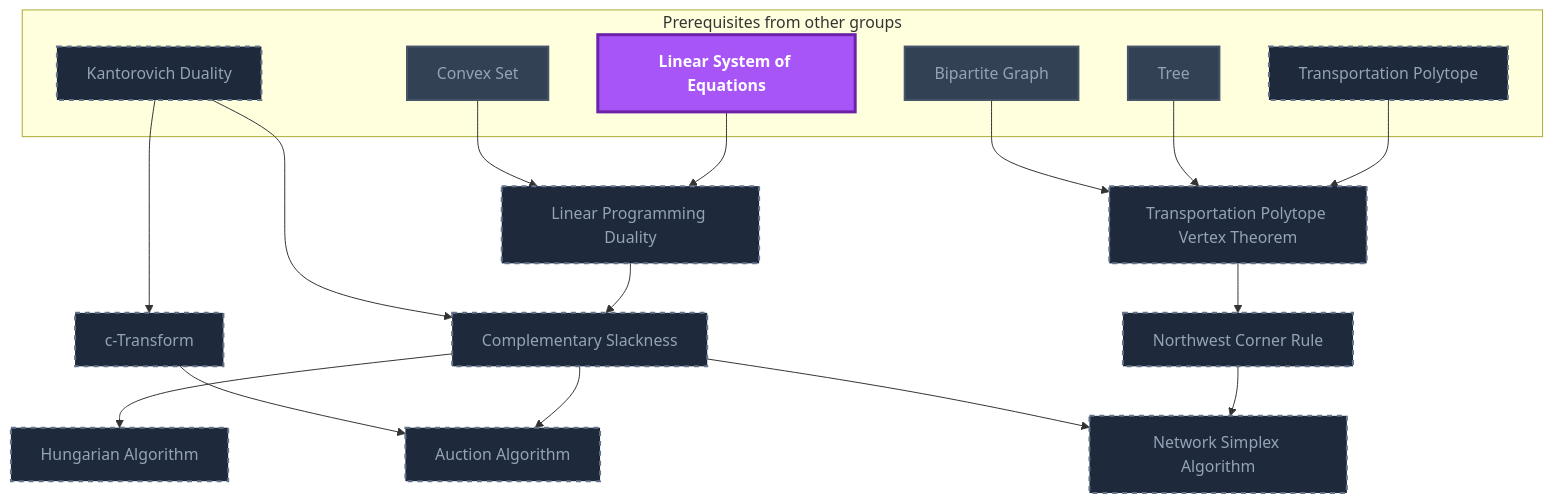
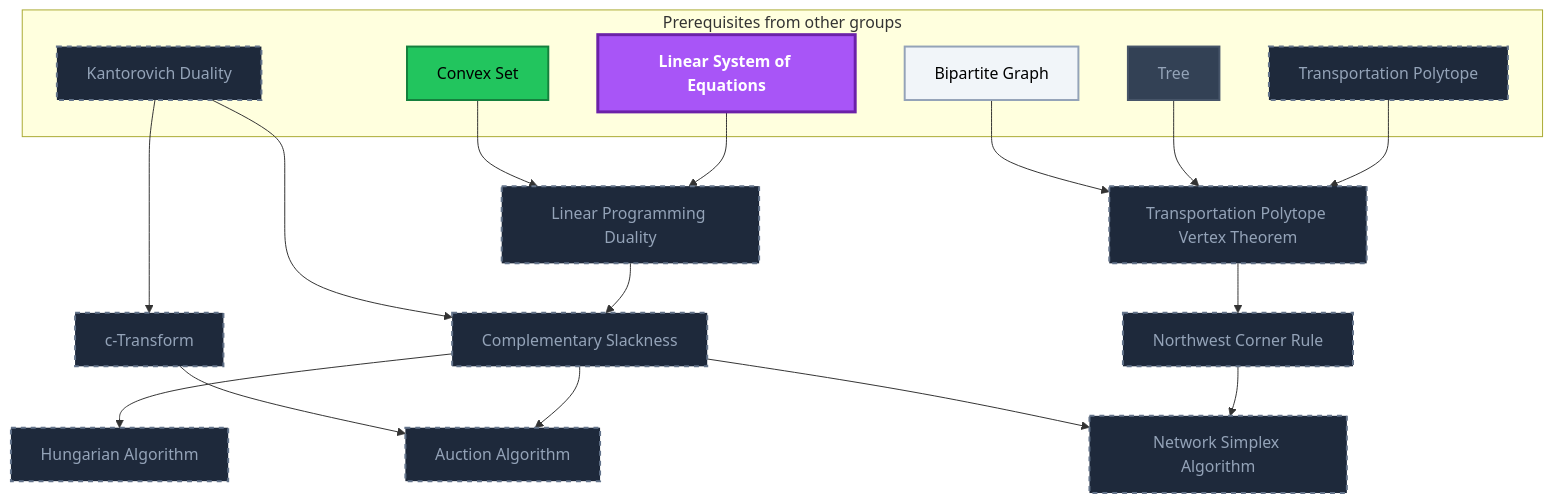
One commit to MRauf1/My-Notes changed the second of 9 diagrams in Gamification/Skill Trees/Optimal Transport.md. Above: the diagram before and after it, drawn with Mermaid. The commit also changed other lines of this file and 145 other files, not shown here.

````diff
--- a/Gamification/Skill Trees/Optimal Transport.md
+++ b/Gamification/Skill Trees/Optimal Transport.md
@@ -102,46 +105,48 @@
 ```mermaid
 flowchart TD
     classDef planned fill:#1E293B,stroke:#64748B,stroke-width:2px,stroke-dasharray:5 5,color:#94A3B8;
     classDef locked fill:#334155,stroke:#475569,stroke-width:2px,color:#94A3B8;
     classDef L0 fill:#F1F5F9,stroke:#94A3B8,stroke-width:2px,color:#000000;
     classDef L1 fill:#22C55E,stroke:#15803D,stroke-width:2px,color:#000000;
     classDef L2 fill:#3B82F6,stroke:#1D4ED8,stroke-width:3px,color:#FFFFFF;
     classDef L3 fill:#A855F7,stroke:#6B21A8,stroke-width:3px,color:#FFFFFF,font-weight:bold;
     classDef L4 fill:#F97316,stroke:#C2410C,stroke-width:4px,color:#000000,font-weight:bold;
     classDef L5 fill:#FFD700,stroke:#FF8C00,stroke-width:5px,color:#000000,font-weight:bold;
     classDef rusty stroke:#8B4513,stroke-width:4px,stroke-dasharray:3 3;
     subgraph sg_prereqs["Prerequisites from other groups"]
         n_convex_set["Convex Set"]
         n_linear_system_of_equations["Linear System of Equations"]
         n_kantorovich_duality["Kantorovich Duality"]
         n_bipartite_graph["Bipartite Graph"]
         n_tree["Tree"]
         n_transportation_polytope["Transportation Polytope"]
     end
     n_linear_programming_duality["Linear Programming Duality"]
     n_c_transform["c-Transform"]
     n_complementary_slackness["Complementary Slackness"]
     n_transportation_polytope_vertex_theorem["Transportation Polytope Vertex Theorem"]
     n_northwest_corner_rule["Northwest Corner Rule"]
     n_network_simplex_algorithm["Network Simplex Algorithm"]
     n_hungarian_algorithm["Hungarian Algorithm"]
     n_auction_algorithm["Auction Algorithm"]
     n_convex_set --> n_linear_programming_duality
     n_linear_system_of_equations --> n_linear_programming_duality
     n_kantorovich_duality --> n_c_transform
     n_kantorovich_duality --> n_complementary_slackness
     n_linear_programming_duality --> n_complementary_slackness
     n_bipartite_graph --> n_transportation_polytope_vertex_theorem
     n_tree --> n_transportation_polytope_vertex_theorem
     n_transportation_polytope --> n_transportation_polytope_vertex_theorem
     n_transportation_polytope_vertex_theorem --> n_northwest_corner_rule
     n_complementary_slackness --> n_network_simplex_algorithm
     n_northwest_corner_rule --> n_network_simplex_algorithm
     n_complementary_slackness --> n_hungarian_algorithm
     n_c_transform --> n_auction_algorithm
     n_complementary_slackness --> n_auction_algorithm
     class n_kantorovich_duality,n_transportation_polytope,n_linear_programming_duality,n_c_transform,n_complementary_slackness,n_transportation_polytope_vertex_theorem,n_northwest_corner_rule,n_network_simplex_algorithm,n_hungarian_algorithm,n_auction_algorithm planned;
-    class n_convex_set,n_bipartite_graph,n_tree locked;
+    class n_tree locked;
+    class n_bipartite_graph L0;
+    class n_convex_set L1;
     class n_linear_system_of_equations L3;
     class n_convex_set,n_linear_system_of_equations,n_bipartite_graph,n_tree internal-link;
 ```
````
